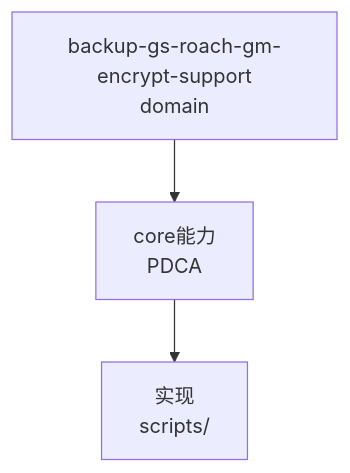
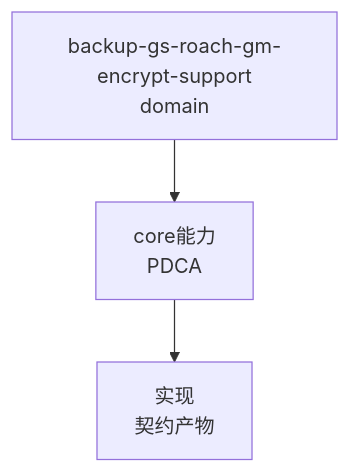
One commit to MyBlackHole/pdca-workflow changed the diagram in ontology/domain/zfs/backup-gs-roach-gm-encrypt-support.md. Above: the diagram before and after it, drawn with Mermaid. The commit also changed other lines of this file and 8256 other files, not shown here.

````diff
--- a/ontology/domain/zfs/backup-gs-roach-gm-encrypt-support.md
+++ b/ontology/domain/zfs/backup-gs-roach-gm-encrypt-support.md
@@ -73,6 +86,6 @@
 ```mermaid
 graph TD
     A[backup-gs-roach-gm-encrypt-support<br/>domain] --> B[core能力<br/>PDCA]
-    B --> C[实现<br/>scripts/]
-    %% Source: ontology/domain/backup-gs-roach-gm-encrypt-support.md:1 + ontology/concept/ontology-fidelity-criterion.md:1
+    B --> C[实现<br/>契约产物]
+    %% Source: ontology/domain/zfs/backup-gs-roach-gm-encrypt-support.md:1 + ontology/concept/ontology-fidelity-criterion.md:1
 ```
````
